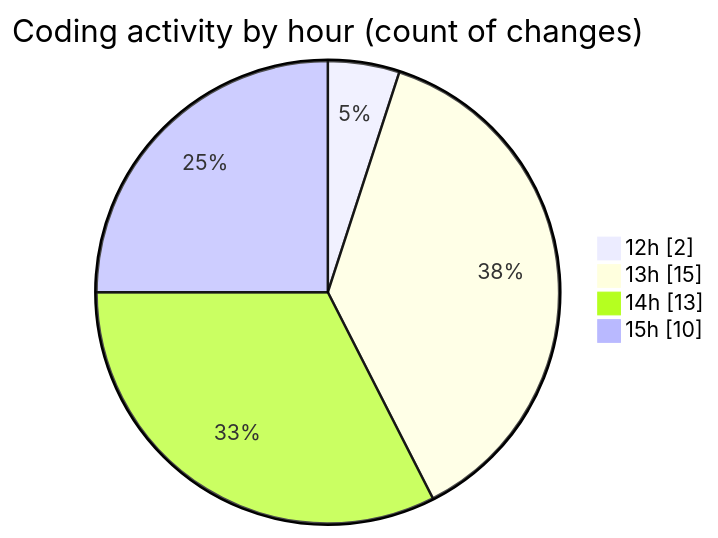
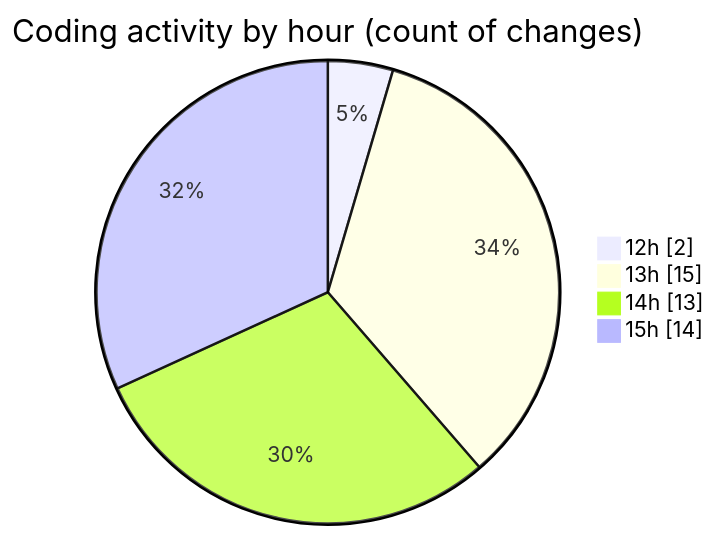
The second of 2 diagrams in 2025-11-13/futsal-recommender/README.md (idhammustaqopulfikri/code-tracking), drawn with Mermaid before and after one commit. The commit also changed other lines of this file and 1 other file, not shown here.

````diff
--- a/2025-11-13/futsal-recommender/README.md
+++ b/2025-11-13/futsal-recommender/README.md
@@ -40,8 +40,8 @@
 ```mermaid
 pie showData
 title Coding activity by hour (count of changes)
 "12h" : 2
 "13h" : 15
 "14h" : 13
-"15h" : 10
+"15h" : 14
 ```
````
